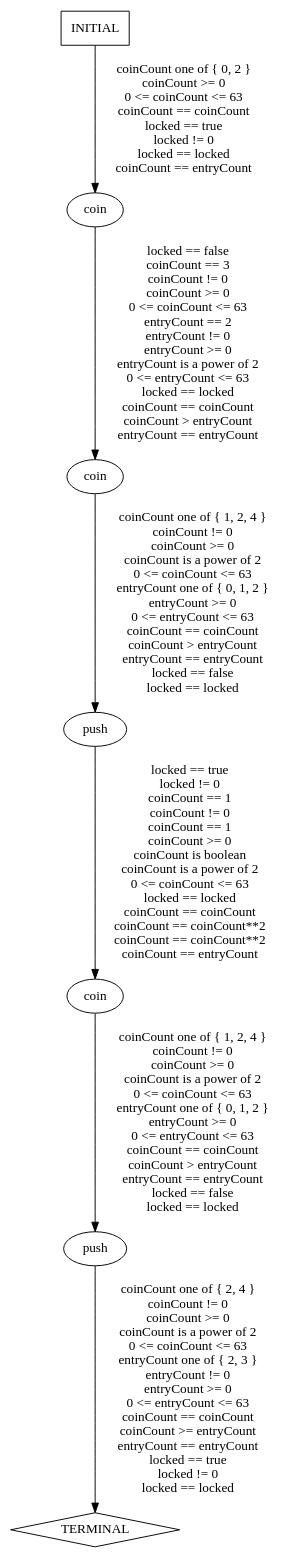
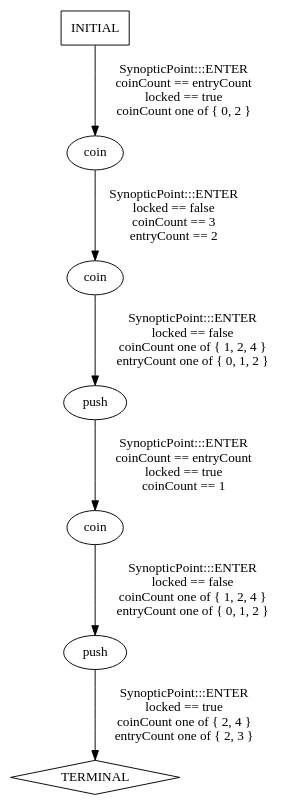
The diagram in traces/abstract/turnstile-example/predicted-paths/turnstile-example-test12.dot (ModelInference/synoptic), drawn with Graphviz before and after one commit. The commit also changed 73 other files, not shown here.

```diff
--- a/traces/abstract/turnstile-example/predicted-paths/turnstile-example-test12.dot
+++ b/traces/abstract/turnstile-example/predicted-paths/turnstile-example-test12.dot
@@ -1,15 +1,15 @@
 digraph {
   0 [label="coin"];
   1 [label="coin"];
   2 [label="coin"];
   3 [label="push"];
   4 [label="push"];
   5 [label="TERMINAL",shape=diamond];
   6 [label="INITIAL",shape=box];
-0->1 [label="locked == false\ncoinCount == 3\ncoinCount != 0\ncoinCount >= 0\n0 <= coinCount <= 63\nentryCount == 2\nentryCount != 0\nentryCount >= 0\nentryCount is a power of 2\n0 <= entryCount <= 63\nlocked == locked\ncoinCount == coinCount\ncoinCount > entryCount\nentryCount == entryCount",];
-1->3 [label="coinCount one of { 1, 2, 4 }\ncoinCount != 0\ncoinCount >= 0\ncoinCount is a power of 2\n0 <= coinCount <= 63\nentryCount one of { 0, 1, 2 }\nentryCount >= 0\n0 <= entryCount <= 63\ncoinCount == coinCount\ncoinCount > entryCount\nentryCount == entryCount\nlocked == false\nlocked == locked",];
-2->4 [label="coinCount one of { 1, 2, 4 }\ncoinCount != 0\ncoinCount >= 0\ncoinCount is a power of 2\n0 <= coinCount <= 63\nentryCount one of { 0, 1, 2 }\nentryCount >= 0\n0 <= entryCount <= 63\ncoinCount == coinCount\ncoinCount > entryCount\nentryCount == entryCount\nlocked == false\nlocked == locked",];
-3->2 [label="locked == true\nlocked != 0\ncoinCount == 1\ncoinCount != 0\ncoinCount == 1\ncoinCount >= 0\ncoinCount is boolean\ncoinCount is a power of 2\n0 <= coinCount <= 63\nlocked == locked\ncoinCount == coinCount\ncoinCount == coinCount**2\ncoinCount == coinCount**2\ncoinCount == entryCount",];
-4->5 [label="coinCount one of { 2, 4 }\ncoinCount != 0\ncoinCount >= 0\ncoinCount is a power of 2\n0 <= coinCount <= 63\nentryCount one of { 2, 3 }\nentryCount != 0\nentryCount >= 0\n0 <= entryCount <= 63\ncoinCount == coinCount\ncoinCount >= entryCount\nentryCount == entryCount\nlocked == true\nlocked != 0\nlocked == locked",];
-6->0 [label="coinCount one of { 0, 2 }\ncoinCount >= 0\n0 <= coinCount <= 63\ncoinCount == coinCount\nlocked == true\nlocked != 0\nlocked == locked\ncoinCount == entryCount",];
+0->1 [label="SynopticPoint:::ENTER\nlocked == false\ncoinCount == 3\nentryCount == 2\n",];
+1->3 [label="SynopticPoint:::ENTER\nlocked == false\ncoinCount one of { 1, 2, 4 }\nentryCount one of { 0, 1, 2 }\n",];
+2->4 [label="SynopticPoint:::ENTER\nlocked == false\ncoinCount one of { 1, 2, 4 }\nentryCount one of { 0, 1, 2 }\n",];
+3->2 [label="SynopticPoint:::ENTER\ncoinCount == entryCount\nlocked == true\ncoinCount == 1\n",];
+4->5 [label="SynopticPoint:::ENTER\nlocked == true\ncoinCount one of { 2, 4 }\nentryCount one of { 2, 3 }\n",];
+6->0 [label="SynopticPoint:::ENTER\ncoinCount == entryCount\nlocked == true\ncoinCount one of { 0, 2 }\n",];
 } // digraph {
```
